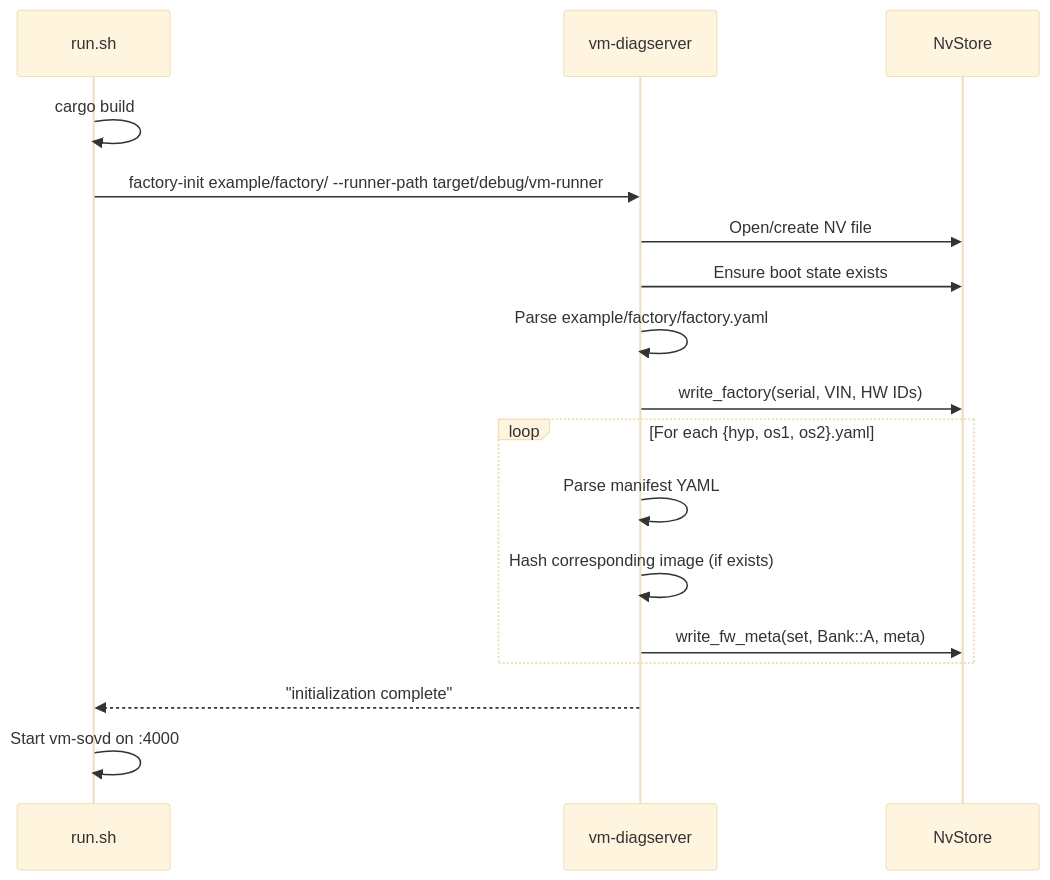
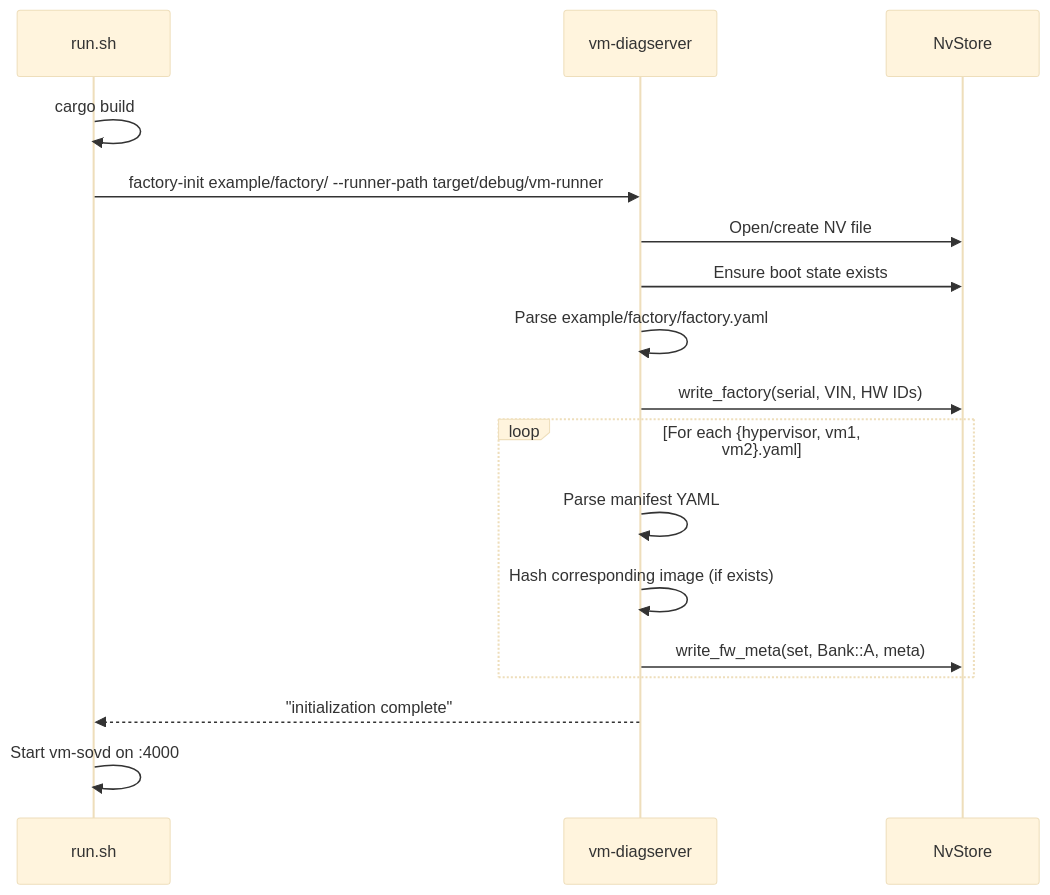
Before and after one commit to sdv-playground/sumo-vm-mgr: the seventh of 7 diagrams in ARCHITECTURE.md, drawn with Mermaid (base theme). The commit also changed other lines of this file and 35 other files, not shown here.

First line of the commit message:
Rename components (os1→vm1, os2→vm2, hyp→hypervisor), add per-bank VM config

````diff
--- a/ARCHITECTURE.md
+++ b/ARCHITECTURE.md
@@ -544,24 +550,24 @@
 ```mermaid
 sequenceDiagram
     participant S as run.sh
     participant D as vm-diagserver
     participant NV as NvStore
 
     S->>S: cargo build
     S->>D: factory-init example/factory/ --runner-path target/debug/vm-runner
 
     D->>NV: Open/create NV file
     D->>NV: Ensure boot state exists
 
     D->>D: Parse example/factory/factory.yaml
     D->>NV: write_factory(serial, VIN, HW IDs)
 
-    loop For each {hyp, os1, os2}.yaml
+    loop For each {hypervisor, vm1, vm2}.yaml
         D->>D: Parse manifest YAML
         D->>D: Hash corresponding image (if exists)
         D->>NV: write_fw_meta(set, Bank::A, meta)
     end
 
     D-->>S: "initialization complete"
     S->>S: Start vm-sovd on :4000
 ```
````
